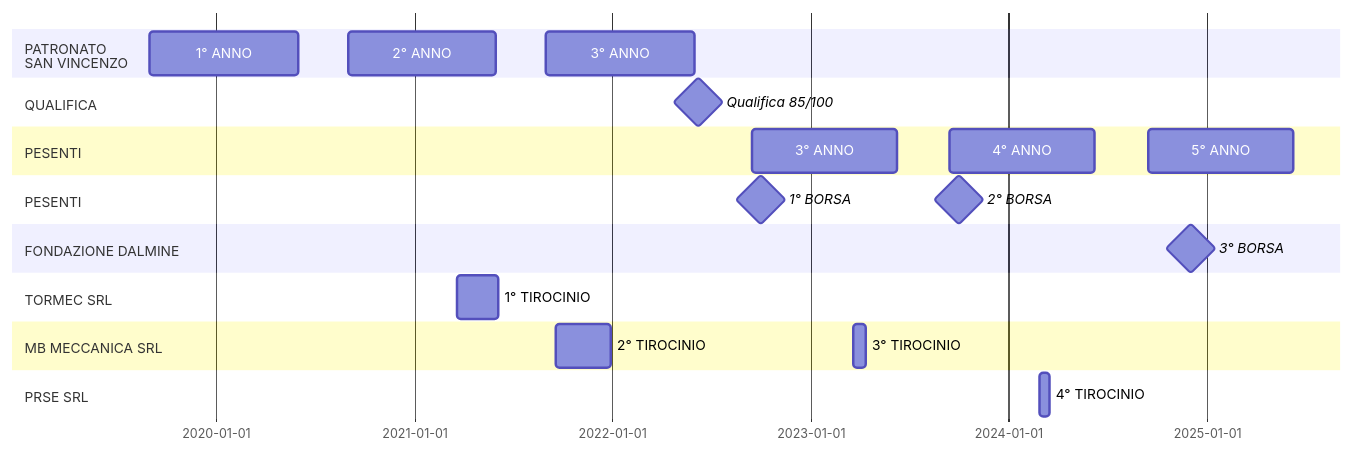
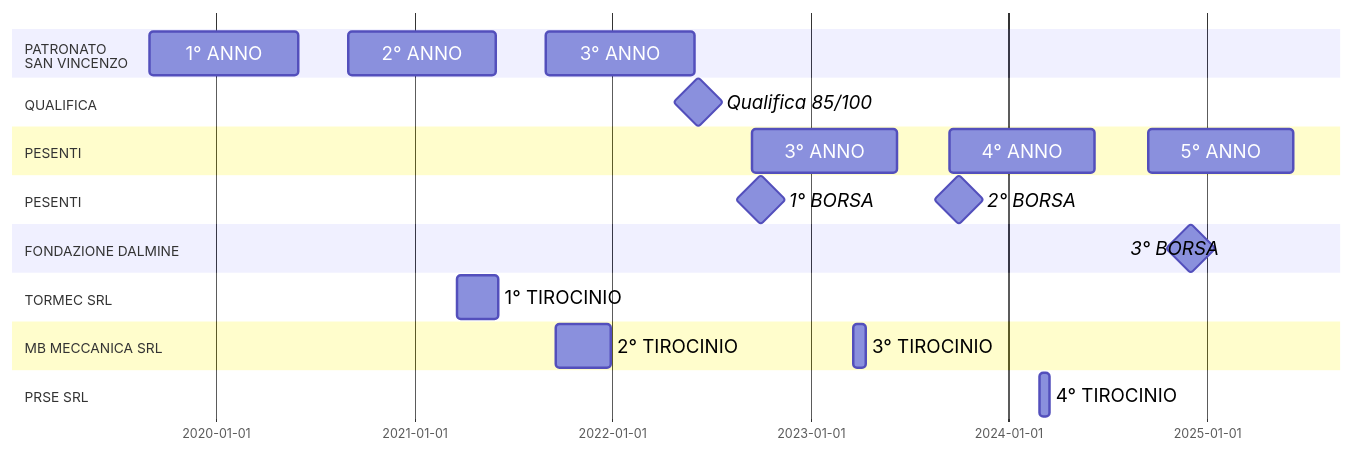
Before and after one commit to Laaouatni/PTCO-esame-MERMAID: the diagram in PTCO.md, drawn with Mermaid.

````diff
--- a/PTCO.md
+++ b/PTCO.md
@@ -1,47 +1,48 @@
 ```mermaid
 ---
 displayMode: compact
 ---
 %%{init: 
     { 
         'gantt': {
             'leftPadding': 110, 
-            'barHeight': 35
+            'barHeight': 35,
+            'fontSize':15
         } 
     } 
 }%%
 gantt
     dateFormat  DD-MM-YYYY
 
     section PATRONATO<BR>SAN VINCENZO
         1° ANNO: 01-09-2019,31-05-2020
         2° ANNO: 01-09-2020,31-05-2021
         3° ANNO: 01-09-2021,31-05-2022
 
     section QUALIFICA
         Qualifica 85/100 :milestone, 15-06-2022
 
     section PESENTI
         3° ANNO: 14-09-2022,08-06-2023
         4° ANNO: 14-09-2023,08-06-2024
         5° ANNO: 14-09-2024,08-06-2025
 
     section PESENTI 
         1° BORSA: milestone, 01-10-2022,1d
         2° BORSA: milestone, 01-10-2023,1d
 
     section FONDAZIONE DALMINE
         3° BORSA: milestone, 01-12-2024,1d
 
     section TORMEC SRL
         1° TIROCINIO: 21-03-2021,04-06-2021
 
     section MB MECCANICA SRL
         2° TIROCINIO: 19-09-2021,29-12-2021
         3° TIROCINIO: 20-03-2023,13-04-2023
 
     section PRSE SRL
         4° TIROCINIO: 26-02-2024,15-03-2024
 
 
 ```
````
